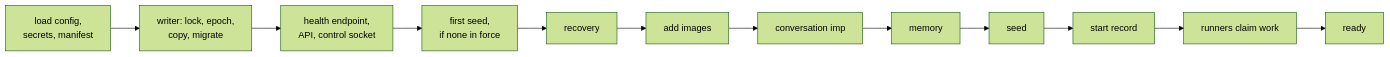
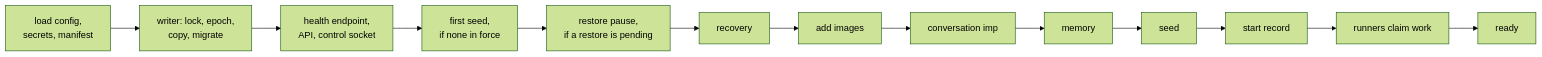
Before and after one commit to zgeoff/nixie: the diagram in docs/architecture/deployment/server.md, drawn with Mermaid (forest theme). The commit also changed other lines of this file and 24 other files, not shown here.

````diff
--- a/docs/architecture/deployment/server.md
+++ b/docs/architecture/deployment/server.md
@@ -40,8 +40,8 @@
 ```mermaid
 flowchart LR
   L["load config,<br>secrets, manifest"] --> W["writer: lock, epoch,<br>copy, migrate"]
   W --> H["health endpoint,<br>API, control socket"]
   H --> S0["first seed,<br>if none in force"]
-  S0 --> R["recovery"] --> I["add images"] --> C["conversation imp"] --> M["memory"]
+  S0 --> RP["restore pause,<br>if a restore is pending"] --> R["recovery"] --> I["add images"] --> C["conversation imp"] --> M["memory"]
   M --> S["seed"] --> SR["start record"] --> RU["runners claim work"] --> Y["ready"]
 ```
````
